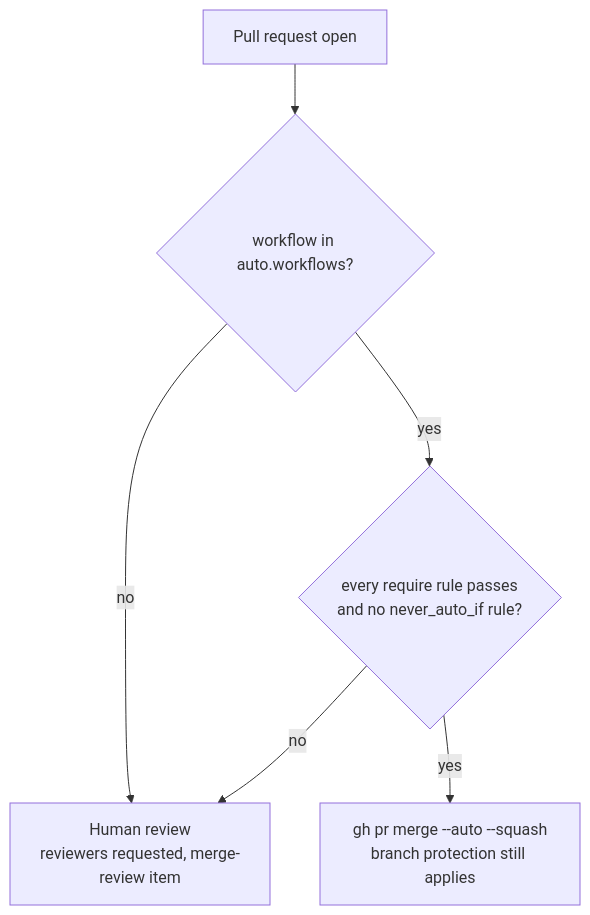
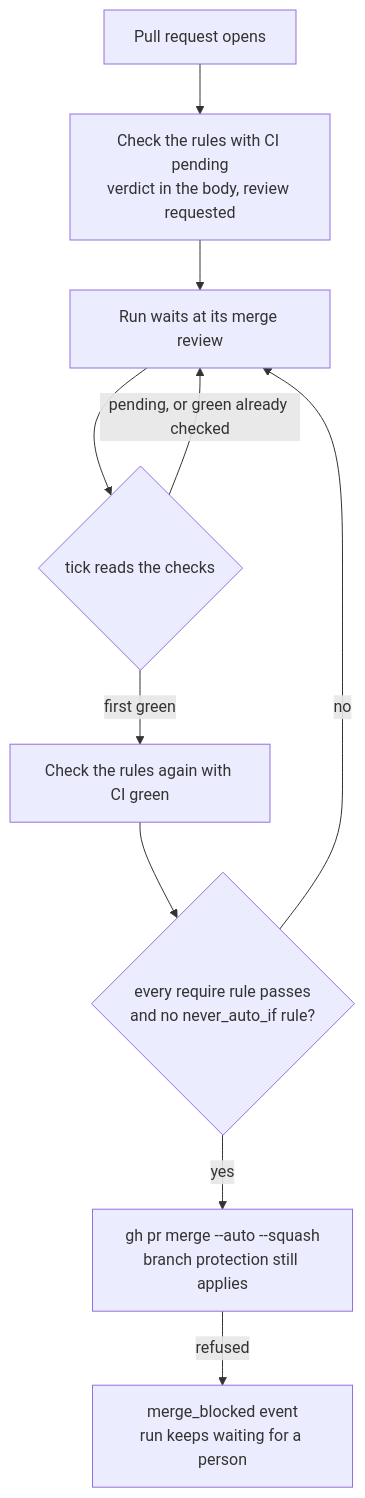
Before and after one commit to plaktoz/factory: the diagram in docs/design/modules/13-delivery.md, drawn with Mermaid. The commit also changed other lines of this file and 15 other files, not shown here.

First line of the commit message:
Check auto-merge at open and again at the first green

````diff
--- a/docs/design/modules/13-delivery.md
+++ b/docs/design/modules/13-delivery.md
@@ -38,8 +41,12 @@
 ```mermaid
 flowchart TD
-  pr["Pull request open"] --> wf{"workflow in auto.workflows?"}
-  wf -- no --> human["Human review<br/>reviewers requested, merge-review item"]
-  wf -- yes --> rules{"every require rule passes<br/>and no never_auto_if rule?"}
-  rules -- no --> human
+  open["Pull request opens"] --> first["Check the rules with CI pending<br/>verdict in the body, review requested"]
+  first --> wait["Run waits at its merge review"]
+  wait --> ci{"tick reads the checks"}
+  ci -- "pending, or green already checked" --> wait
+  ci -- "first green" --> again["Check the rules again with CI green"]
+  again --> rules{"every require rule passes<br/>and no never_auto_if rule?"}
+  rules -- no --> wait
   rules -- yes --> auto["gh pr merge --auto --squash<br/>branch protection still applies"]
+  auto -- "refused" --> blocked["merge_blocked event<br/>run keeps waiting for a person"]
 ```
````
